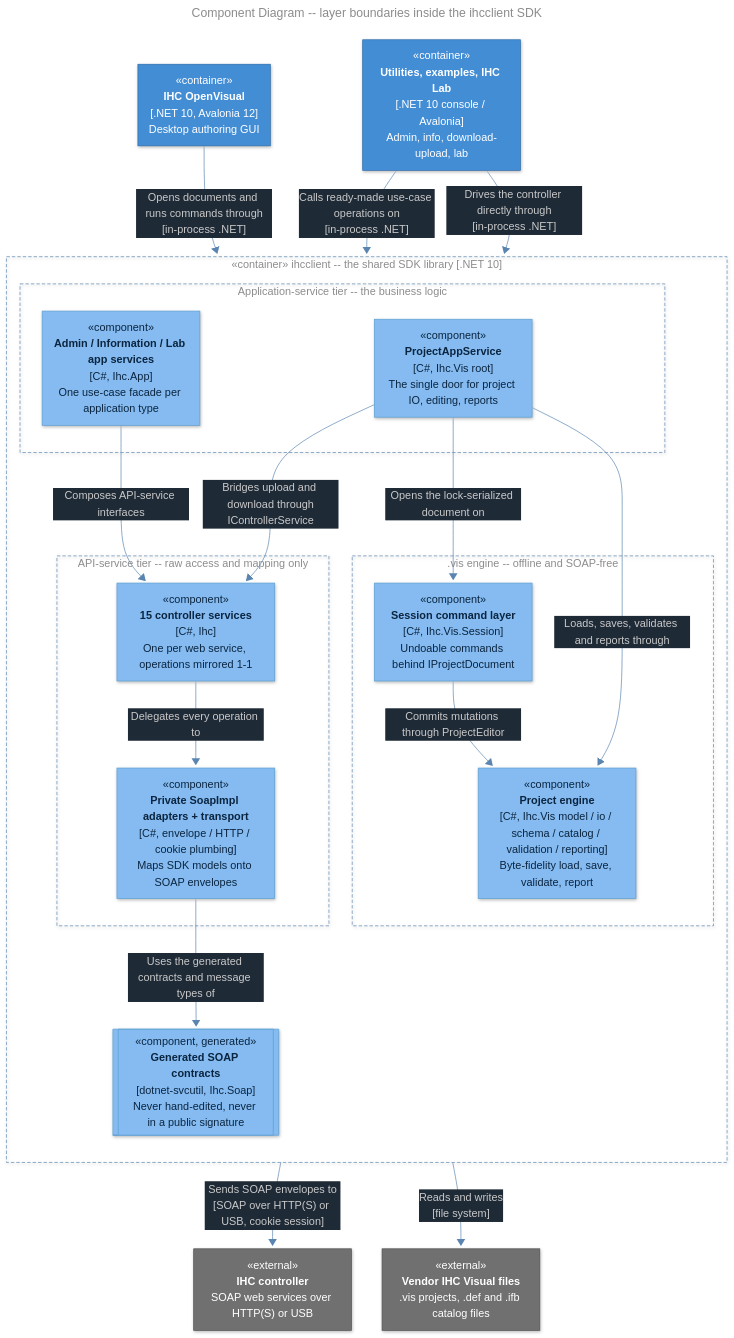
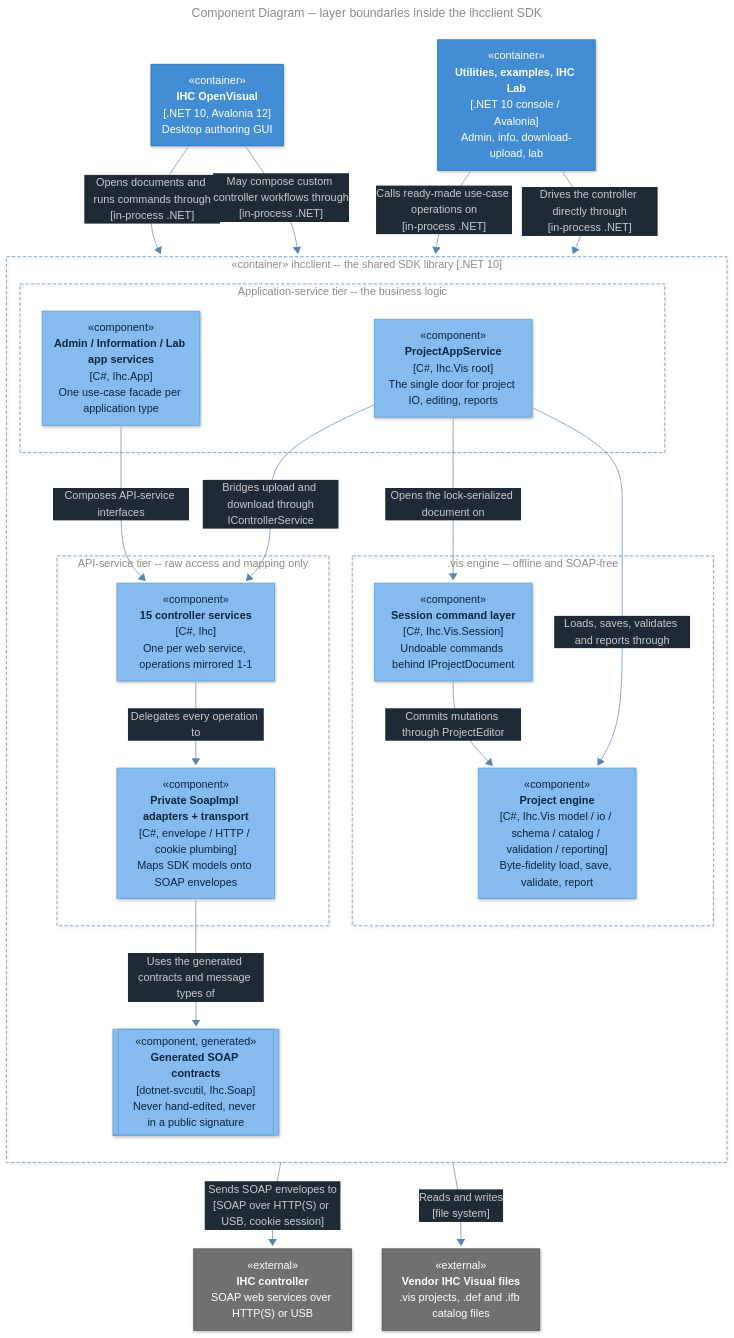
Before and after one commit to mmc41/IHCClientSDK: the diagram in ARCHITECTURE.md, drawn with Mermaid. The commit also changed other lines of this file and 19 other files, not shown here.

````diff
--- a/ARCHITECTURE.md
+++ b/ARCHITECTURE.md
@@ -114,67 +114,68 @@
 ```mermaid
 ---
 config:
   layout: dagre
   look: neo
   theme: base
   themeVariables:
     primaryTextColor: "#C9C9C9"
     lineColor: "#5A85B0"
     textColor: "#8C8C8C"
     titleColor: "#8C8C8C"
     edgeLabelBackground: "#1F2A37"
   flowchart:
     nodeSpacing: 45
     rankSpacing: 55
 title: Component Diagram -- layer boundaries inside the ihcclient SDK
 ---
 flowchart TB
   accTitle: Layer boundaries inside the ihcclient SDK
   accDescr: Consumers enter the SDK at one of two service tiers. Application services hold the business logic and compose the API-service tier, which delegates to private SOAP adapters over the generated SOAP layer and out to the controller. The SOAP-free .vis engine sits beside them behind ProjectAppService and reaches only vendor project and catalog files.
   classDef container fill:#438DD5,stroke:#2E6DAB,color:#FFFFFF
   classDef component fill:#85BBF0,stroke:#5BA0D4,color:#0B2540
   classDef external fill:#707070,stroke:#525252,color:#FFFFFF
   classDef boundary fill:none,stroke:#5A85B0,stroke-dasharray:5 3,color:#8C8C8C
   %% legend: container = deployable unit (mid blue) | component = part of the SDK
   %% (light blue; double-barred = generated code) | external = system this repo does
   %% not own (grey) | dashed frame = layer boundary | arrow = the one legal direction
   %% of a dependency. The prose legend under the diagram carries the same key.
 
   openvisual["«container»<br/><b>IHC OpenVisual</b><br/>[.NET 10, Avalonia 12]<br/>Desktop authoring GUI"]:::container
   tools["«container»<br/><b>Utilities, examples, IHC Lab</b><br/>[.NET 10 console / Avalonia]<br/>Admin, info, download-upload, lab"]:::container
 
   subgraph sdk["«container» ihcclient -- the shared SDK library [.NET 10]"]
     direction TB
     subgraph appTier["Application-service tier -- the business logic"]
       appServices["«component»<br/><b>Admin / Information / Lab app services</b><br/>[C#, Ihc.App]<br/>One use-case facade per application type"]:::component
       projectAppService["«component»<br/><b>ProjectAppService</b><br/>[C#, Ihc.Vis root]<br/>The single door for project IO, editing, reports"]:::component
     end
     subgraph apiTier["API-service tier -- raw access and mapping only"]
       apiServices["«component»<br/><b>15 controller services</b><br/>[C#, Ihc]<br/>One per web service, operations mirrored 1-1"]:::component
       soapAdapters["«component»<br/><b>Private SoapImpl adapters + transport</b><br/>[C#, envelope / HTTP / cookie plumbing]<br/>Maps SDK models onto SOAP envelopes"]:::component
     end
     generatedSoap[["«component, generated»<br/><b>Generated SOAP contracts</b><br/>[dotnet-svcutil, Ihc.Soap]<br/>Never hand-edited, never in a public signature"]]:::component
     subgraph visStack[".vis engine -- offline and SOAP-free"]
       visSession["«component»<br/><b>Session command layer</b><br/>[C#, Ihc.Vis.Session]<br/>Undoable commands behind IProjectDocument"]:::component
       visEngine["«component»<br/><b>Project engine</b><br/>[C#, Ihc.Vis model / io / schema / catalog / validation / reporting]<br/>Byte-fidelity load, save, validate, report"]:::component
     end
   end
 
   controller["«external»<br/><b>IHC controller</b><br/>SOAP web services over HTTP(S) or USB"]:::external
   visFiles["«external»<br/><b>Vendor IHC Visual files</b><br/>.vis projects, .def and .ifb catalog files"]:::external
 
   class sdk,appTier,apiTier,visStack boundary
 
   openvisual -->|"Opens documents and runs commands through<br/>[in-process .NET]"| projectAppService
+  openvisual -->|"May compose custom controller workflows through<br/>[in-process .NET]"| apiServices
   tools -->|"Calls ready-made use-case operations on<br/>[in-process .NET]"| appServices
   tools -->|"Drives the controller directly through<br/>[in-process .NET]"| apiServices
   appServices -->|"Composes API-service interfaces"| apiServices
   projectAppService -->|"Bridges upload and download through<br/>IControllerService"| apiServices
   projectAppService -->|"Opens the lock-serialized document on"| visSession
   projectAppService -->|"Loads, saves, validates and reports through"| visEngine
   visSession -->|"Commits mutations through ProjectEditor"| visEngine
   apiServices -->|"Delegates every operation to"| soapAdapters
   soapAdapters -->|"Uses the generated contracts and message types of"| generatedSoap
   soapAdapters -->|"Sends SOAP envelopes to<br/>[SOAP over HTTP(S) or USB, cookie session]"| controller
   visEngine -->|"Reads and writes<br/>[file system]"| visFiles
 ```
````
